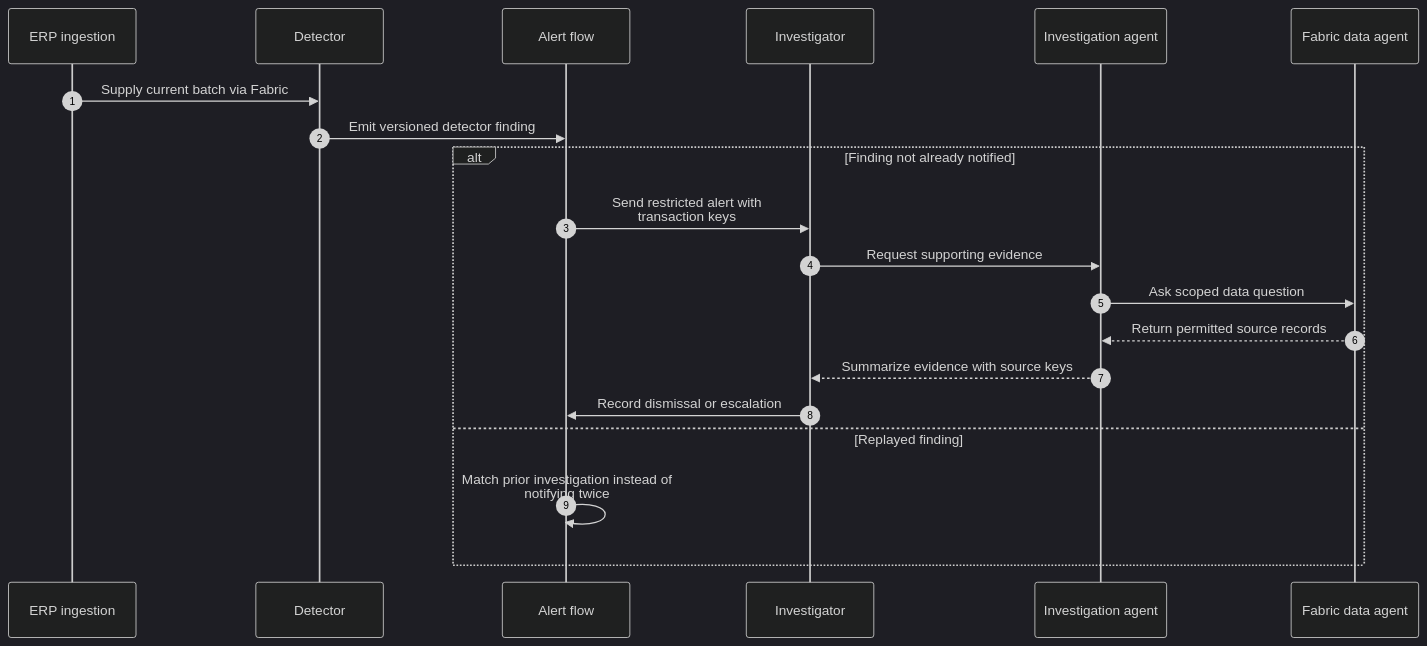
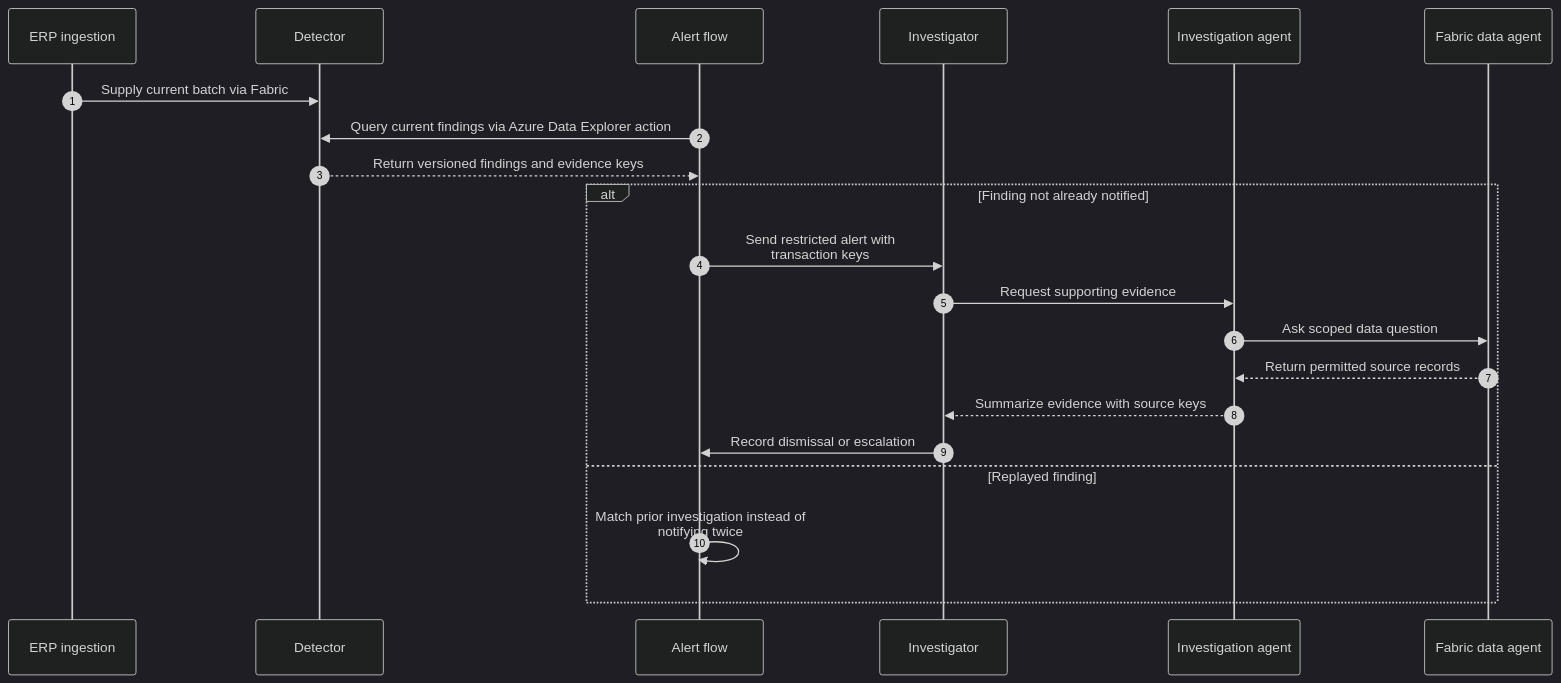
Before and after one commit to abhishek-ai-enabler/copilotstudio-architecture-patterns: the second of 2 diagrams in solution-ideas/spend-anomalies.md, drawn with Mermaid (dark theme). The commit also changed other lines of this file and 168 other files, not shown here.

First line of the commit message:
Validate AI architecture reviews and illustrate every technical flow

````diff
--- a/solution-ideas/spend-anomalies.md
+++ b/solution-ideas/spend-anomalies.md
@@ -41,23 +47,24 @@
 ```mermaid
 sequenceDiagram
     accTitle: Detect spend anomalies in Fabric and investigate them in chat - technical flow
     autonumber
     participant E as ERP ingestion
     participant K as Detector
     participant F as Alert flow
     participant H as Investigator
     participant A as Investigation agent
     participant D as Fabric data agent
     E->>K: Supply current batch via Fabric
-    K->>F: Emit versioned detector finding
+    F->>K: Query current findings via Azure Data Explorer action
+    K-->>F: Return versioned findings and evidence keys
     alt Finding not already notified
       F->>H: Send restricted alert with<br/>transaction keys
       H->>A: Request supporting evidence
       A->>D: Ask scoped data question
       D-->>A: Return permitted source records
       A-->>H: Summarize evidence with source keys
       H->>F: Record dismissal or escalation
     else Replayed finding
       F->>F: Match prior investigation instead of<br/>notifying twice
     end
 ```
````
